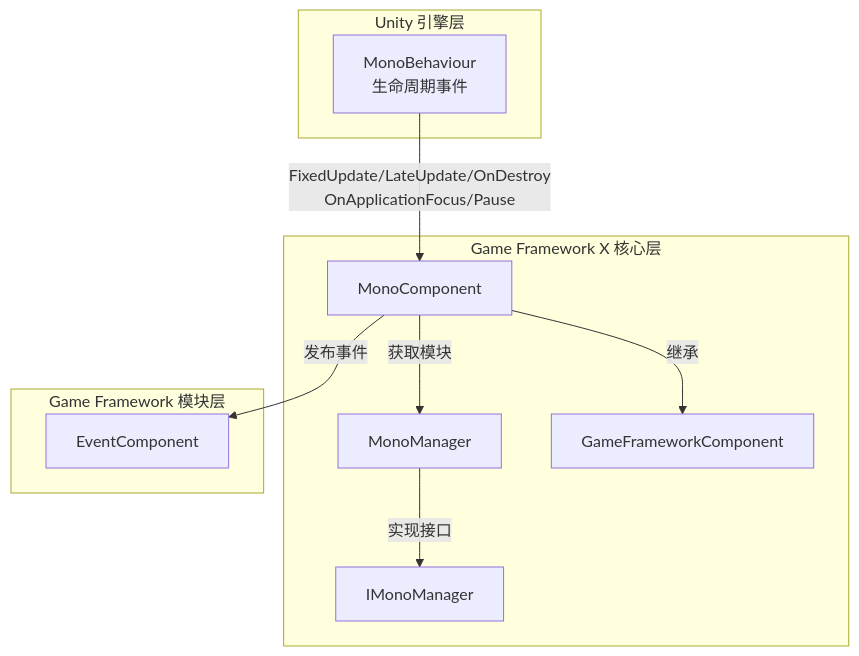
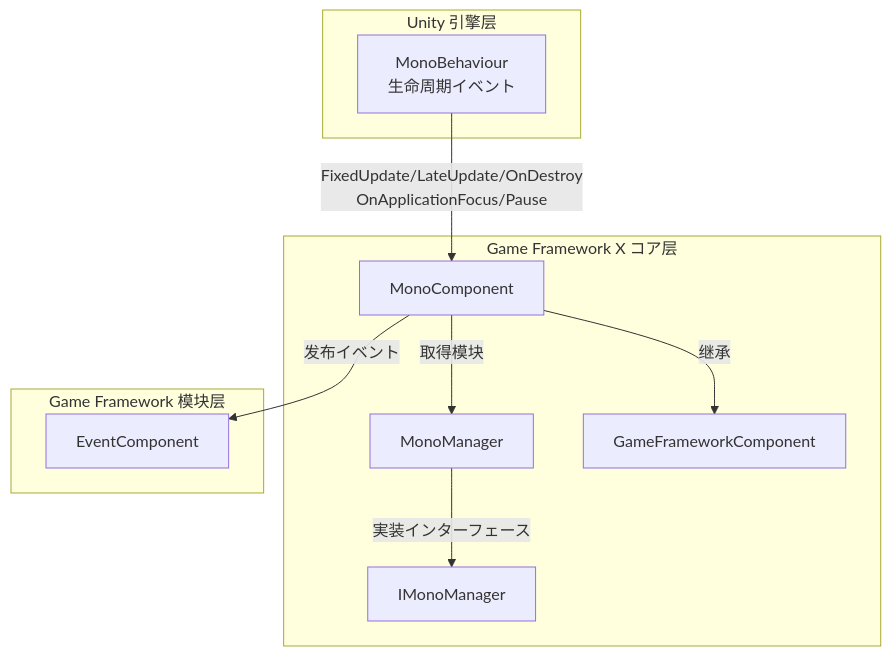
The first of 2 diagrams in docs/ja/client/unity/component/mono/07.monocomponent.md (AlianBlank/GameFrameX.Docs), drawn with Mermaid before and after one commit. The commit also changed other lines of this file and 603 other files, not shown here.

````diff
--- a/docs/ja/client/unity/component/mono/07.monocomponent.md
+++ b/docs/ja/client/unity/component/mono/07.monocomponent.md
@@ -24,23 +24,23 @@
 ```mermaid
 flowchart TD
     subgraph UnityEngine["Unity 引擎层"]
-        UB[MonoBehaviour<br/>生命周期事件]
+        UB[MonoBehaviour<br/>生命周期イベント]
     end
 
-    subgraph GameFrameworkX["Game Framework X 核心层"]
+    subgraph GameFrameworkX["Game Framework X コア层"]
         MC[MonoComponent]
         MM[MonoManager]
         IM[IMonoManager]
         GFC[GameFrameworkComponent]
     end
 
     subgraph Module["Game Framework 模块层"]
         EC[EventComponent]
     end
 
     UB -->|FixedUpdate/LateUpdate/OnDestroy<br/>OnApplicationFocus/Pause| MC
     MC -->|继承| GFC
-    MC -->|获取模块| MM
-    MM -->|实现接口| IM
-    MC -->|发布事件| EC
+    MC -->|取得模块| MM
+    MM -->|実装インターフェース| IM
+    MC -->|发布イベント| EC
 ```
````
